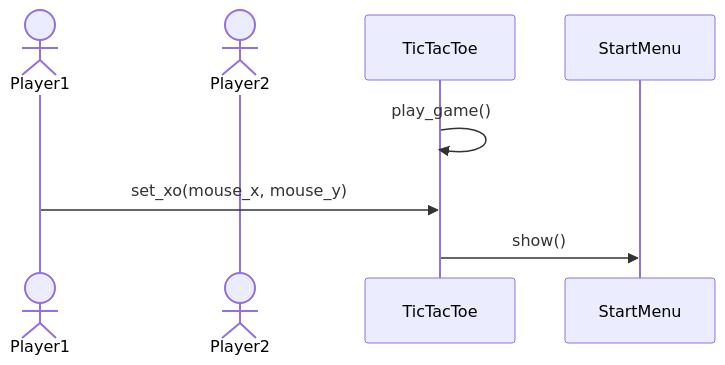
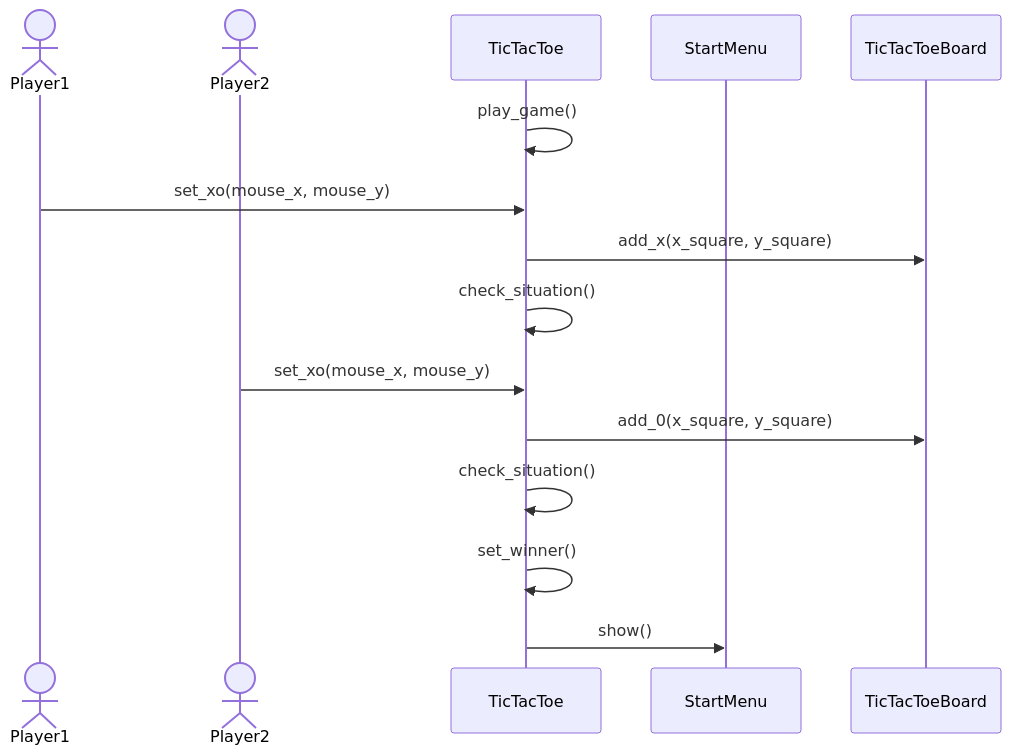
The third of 3 diagrams in maarittelydokumentti/arkkitehtuuri.md (TatuSorjonen/ot-harjoitustyo), drawn with Mermaid before and after one commit.

````diff
--- a/maarittelydokumentti/arkkitehtuuri.md
+++ b/maarittelydokumentti/arkkitehtuuri.md
@@ -112,10 +112,17 @@
 ```mermaid
 sequenceDiagram
   actor Player1
   actor Player2
   participant TicTacToe
   participant StartMenu
+  participant TicTacToeBoard
   TicTacToe->> TicTacToe: play_game()
   Player1->> TicTacToe: set_xo(mouse_x, mouse_y)
+  TicTacToe->> TicTacToeBoard: add_x(x_square, y_square)
+  TicTacToe->> TicTacToe: check_situation()
+  Player2->> TicTacToe: set_xo(mouse_x, mouse_y)
+  TicTacToe->> TicTacToeBoard: add_0(x_square, y_square)
+  TicTacToe->> TicTacToe: check_situation()
+  TicTacToe->> TicTacToe: set_winner()
   TicTacToe->> StartMenu: show()
 ```
````
